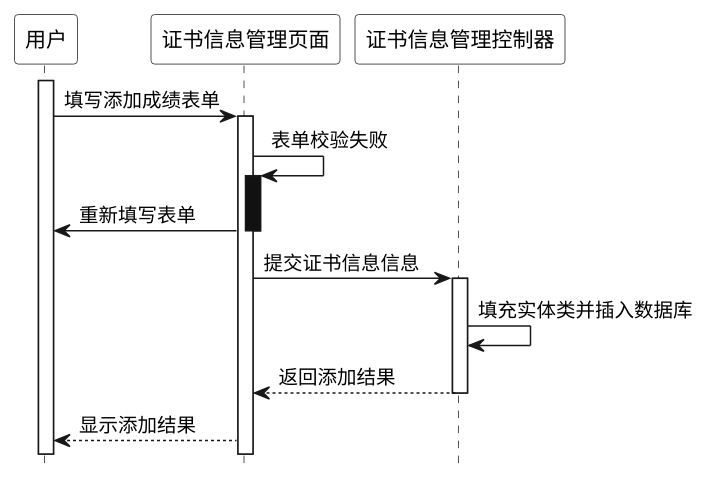
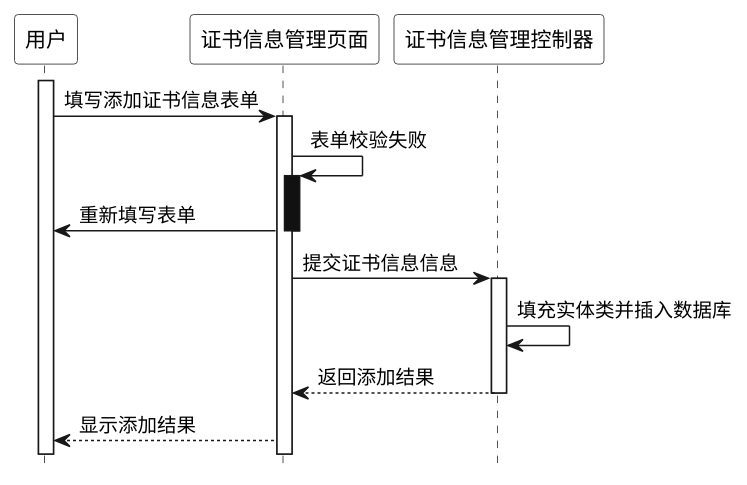
The diagram in resouces/drawio/UML_Sequence/manage/certification/add.puml (coderyjc/certificate_analysis), drawn with PlantUML before and after one commit. The commit also changed 68 other files, not shown here.

```diff
--- a/resouces/drawio/UML_Sequence/manage/certification/add.puml
+++ b/resouces/drawio/UML_Sequence/manage/certification/add.puml
@@ -1,36 +1,36 @@
 @startuml written_add
 
 hide footbox
 skinparam sequence {
   ParticipantBackgroundColor #ffffff
   ParticipantFontColor #000000
 }
 
 participant 用户
 participant 证书信息管理页面
 participant 证书信息管理控制器
 
 activate 用户
-用户 -> 证书信息管理页面: 填写添加成绩表单
+用户 -> 证书信息管理页面: 填写添加证书信息表单
 
 activate 证书信息管理页面
 证书信息管理页面 -> 证书信息管理页面: 表单校验失败
 
 activate 证书信息管理页面 #1
 证书信息管理页面 -> 用户: 重新填写表单
 deactivate 证书信息管理页面 #1
 
 证书信息管理页面 -> 证书信息管理控制器: 提交证书信息信息
 
 
 activate 证书信息管理控制器
 证书信息管理控制器 -> 证书信息管理控制器: 填充实体类并插入数据库
 
 证书信息管理控制器 --> 证书信息管理页面: 返回添加结果
 deactivate 证书信息管理控制器
 
 证书信息管理页面 --> 用户: 显示添加结果
 
 
 
 @enduml
```
